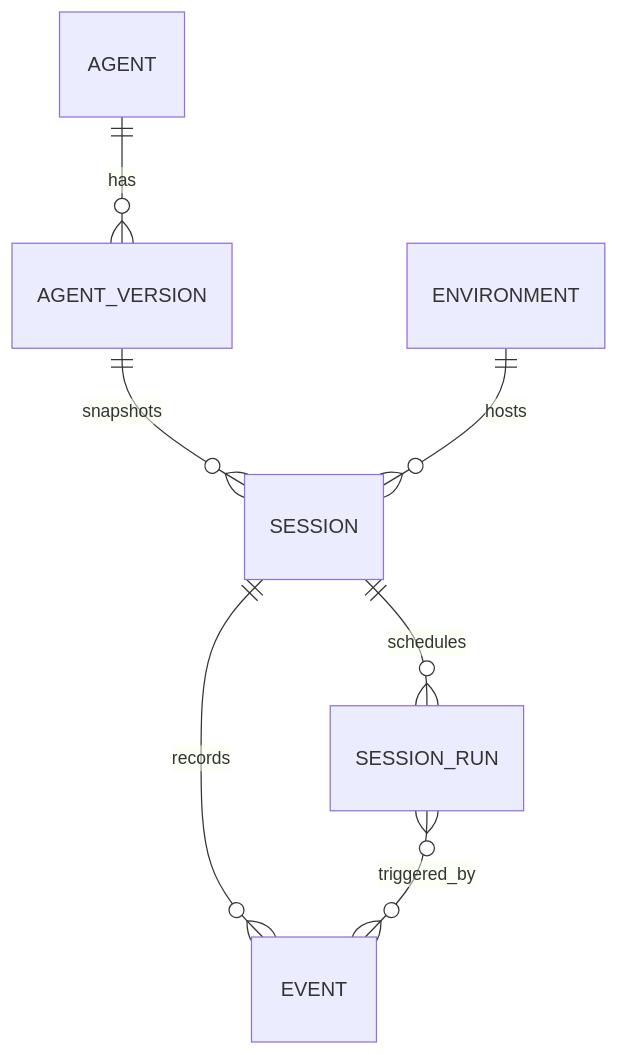
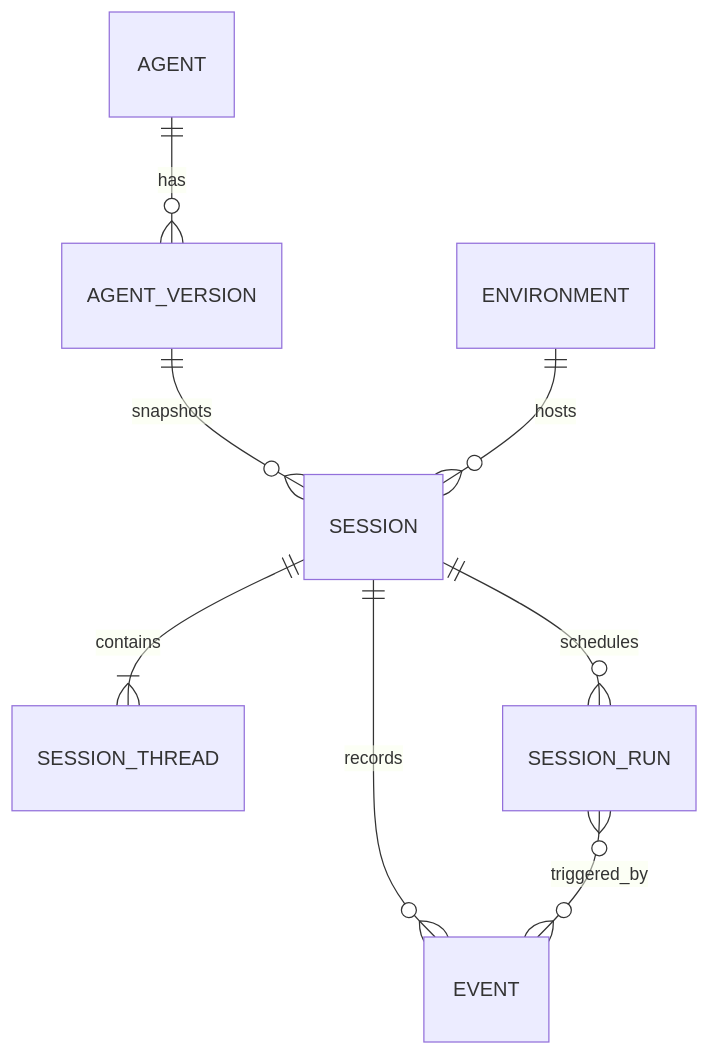
The diagram in docs/architecture/domain-model.md (yanpgwang/managed-agent-go), drawn with Mermaid before and after one commit. The commit also changed other lines of this file and 20 other files, not shown here.

First line of the commit message:
feat: persist independent Session Thread projections (#118)

````diff
--- a/docs/architecture/domain-model.md
+++ b/docs/architecture/domain-model.md
@@ -10,9 +10,10 @@
 ```mermaid
 erDiagram
   AGENT ||--o{ AGENT_VERSION : has
   AGENT_VERSION ||--o{ SESSION : snapshots
   ENVIRONMENT ||--o{ SESSION : hosts
+  SESSION ||--|{ SESSION_THREAD : contains
   SESSION ||--o{ EVENT : records
   SESSION ||--o{ SESSION_RUN : schedules
   SESSION_RUN }o--o{ EVENT : triggered_by
 ```
````
